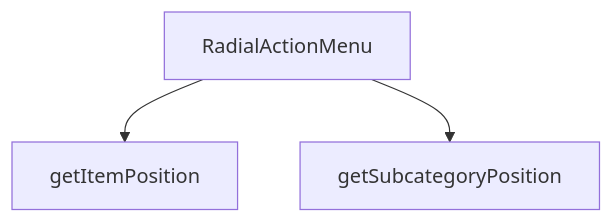
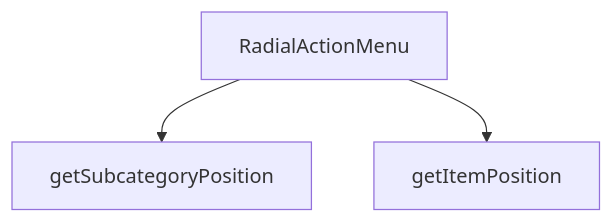
Before and after one commit to peckop/venthub-hvac-esite: the diagram in src/components/products/RadialActionMenu.md, drawn with Mermaid. The commit also changed other lines of this file and 723 other files, not shown here.

````diff
--- a/src/components/products/RadialActionMenu.md
+++ b/src/components/products/RadialActionMenu.md
@@ -226,8 +247,8 @@
 ```mermaid
 graph TD
     RadialActionMenu_tsx__RadialActionMenu["RadialActionMenu"]
     RadialActionMenu_tsx__getItemPosition["getItemPosition"]
     RadialActionMenu_tsx__getSubcategoryPosition["getSubcategoryPosition"]
+    RadialActionMenu_tsx__RadialActionMenu --> RadialActionMenu_tsx__getSubcategoryPosition
     RadialActionMenu_tsx__RadialActionMenu --> RadialActionMenu_tsx__getItemPosition
-    RadialActionMenu_tsx__RadialActionMenu --> RadialActionMenu_tsx__getSubcategoryPosition
 ```
````
